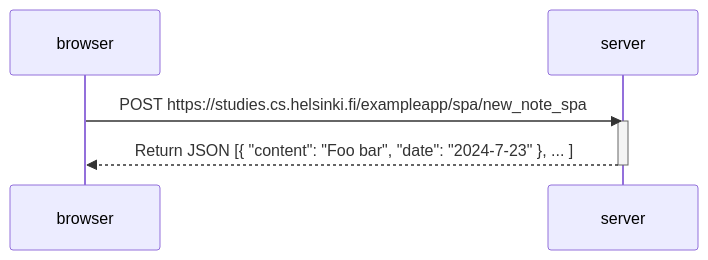
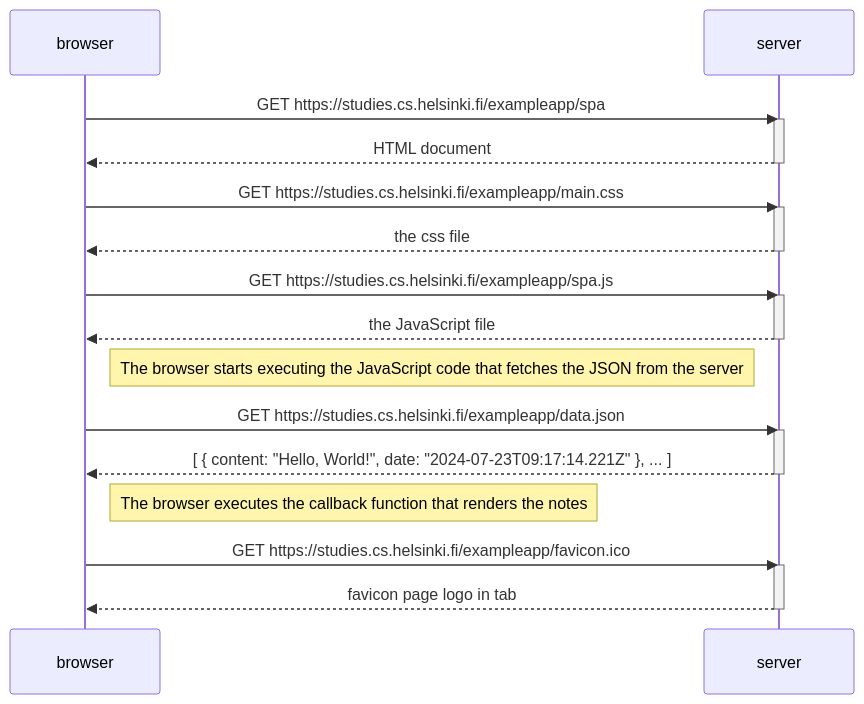
One commit to lnxbusdrvr/fullStackOpen changed the diagram in Osa000/0.5/README.md. Above: the diagram before and after it, drawn with Mermaid. The commit also changed other lines of this file, not shown here.

````diff
--- a/Osa000/0.5/README.md
+++ b/Osa000/0.5/README.md
@@ -3,10 +3,34 @@
 ```mermaid
 sequenceDiagram
     participant browser
     participant server
     
-    browser->>server: POST https://studies.cs.helsinki.fi/exampleapp/spa/new_note_spa
+    browser->>server: GET https://studies.cs.helsinki.fi/exampleapp/spa
     activate server
-    server-->>browser: Return JSON [{ "content": "Foo bar", "date": "2024-7-23" }, ... ]
+    server-->>browser: HTML document
+    deactivate server
+    
+    browser->>server: GET https://studies.cs.helsinki.fi/exampleapp/main.css
+    activate server
+    server-->>browser: the css file
+    deactivate server
+    
+    browser->>server: GET https://studies.cs.helsinki.fi/exampleapp/spa.js
+    activate server
+    server-->>browser: the JavaScript file
+    deactivate server
+    
+    Note right of browser: The browser starts executing the JavaScript code that fetches the JSON from the server
+    
+    browser->>server: GET https://studies.cs.helsinki.fi/exampleapp/data.json
+    activate server
+    server-->>browser: [ { content: "Hello, World!", date: "2024-07-23T09:17:14.221Z" }, ... ]
+    deactivate server    
+
+    Note right of browser: The browser executes the callback function that renders the notes 
+
+    browser->>server: GET https://studies.cs.helsinki.fi/exampleapp/favicon.ico
+    activate server
+    server-->>browser: favicon page logo in tab
     deactivate server
 ```
````
